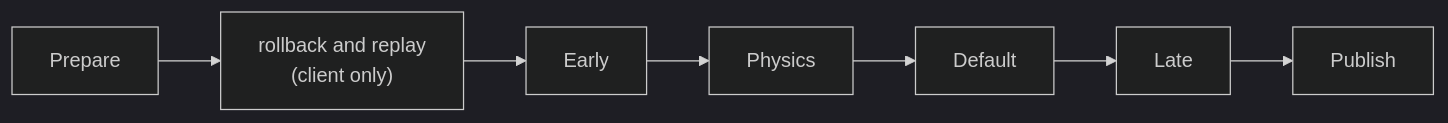
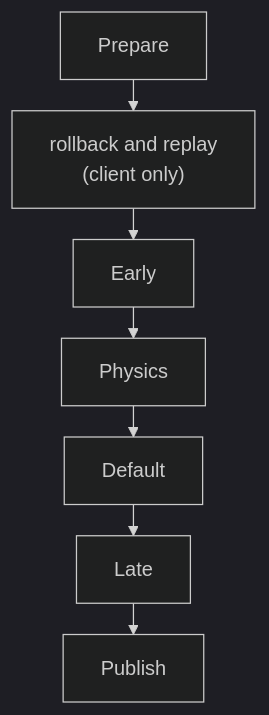
The fourth of 8 diagrams in README.md (pndte/match-please), drawn with Mermaid (dark theme) before and after one commit. The commit also changed other lines of this file, not shown here.

````diff
--- a/README.md
+++ b/README.md
@@ -486,9 +498,15 @@
 ```mermaid
-flowchart LR
+---
+config:
+  flowchart:
+    htmlLabels: false
+    rankSpacing: 25
+---
+flowchart TB
     P["Prepare"] --> R["rollback and replay<br/>(client only)"]
     R --> E["Early"]
     E --> PH["Physics"]
     PH --> D["Default"]
     D --> L["Late"]
     L --> PB["Publish"]
 ```
````
